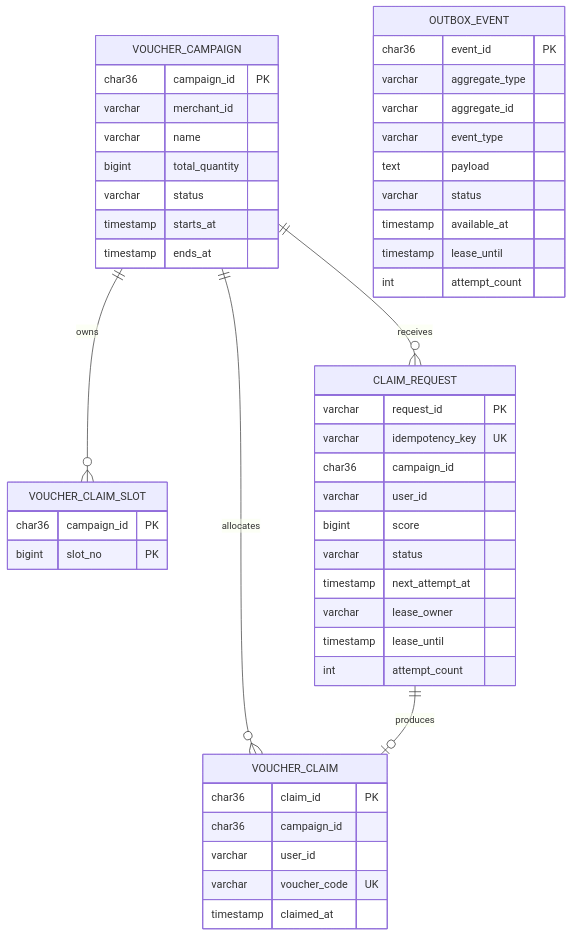
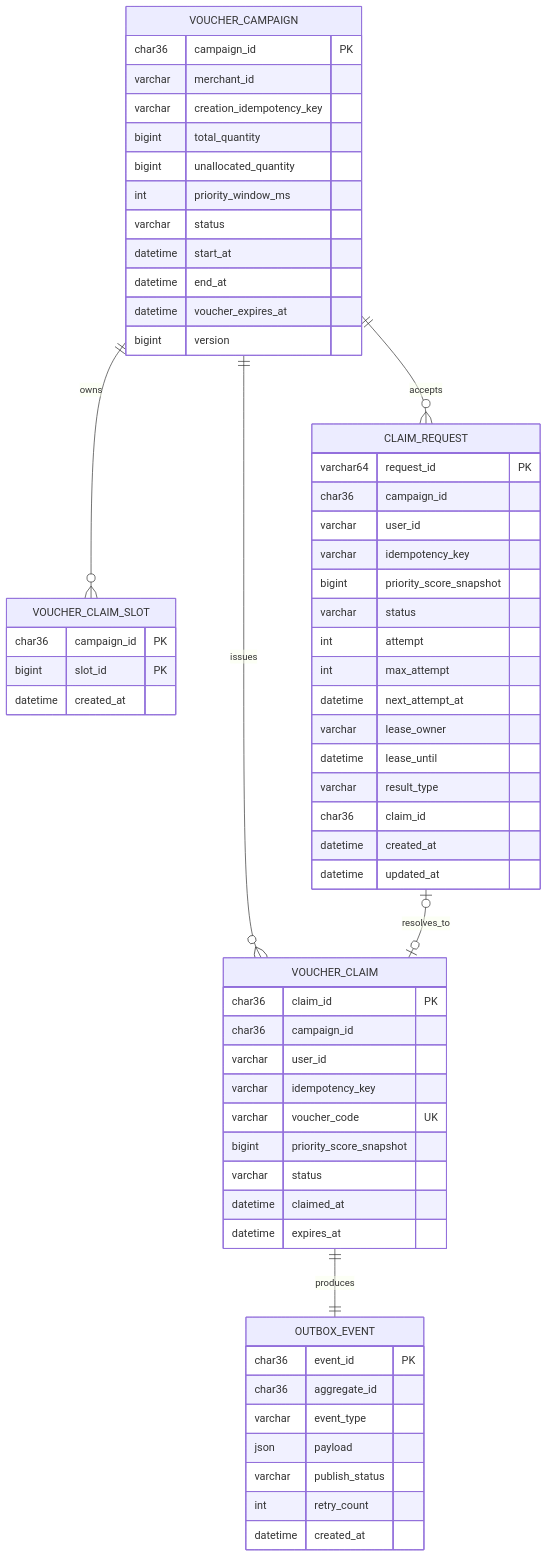
One commit to PhamDinhDuy-2508/Voucher-claim-system changed the second of 13 diagrams in SOLUTION.md. Above: the diagram before and after it, drawn with Mermaid. The commit also changed other lines of this file, not shown here.

Commit message:
Restore complete English solution diagrams

````diff
--- a/SOLUTION.md
+++ b/SOLUTION.md
@@ -82,51 +190,68 @@
 ```mermaid
-    erDiagram
-        VOUCHER_CAMPAIGN ||--o{ VOUCHER_CLAIM_SLOT : owns
-        VOUCHER_CAMPAIGN ||--o{ CLAIM_REQUEST : receives
-        VOUCHER_CAMPAIGN ||--o{ VOUCHER_CLAIM : allocates
-        CLAIM_REQUEST ||--o| VOUCHER_CLAIM : produces
+erDiagram
+    VOUCHER_CAMPAIGN ||--o{ VOUCHER_CLAIM_SLOT : owns
+    VOUCHER_CAMPAIGN ||--o{ CLAIM_REQUEST : accepts
+    VOUCHER_CAMPAIGN ||--o{ VOUCHER_CLAIM : issues
+    CLAIM_REQUEST o|--o| VOUCHER_CLAIM : resolves_to
+    VOUCHER_CLAIM ||--|| OUTBOX_EVENT : produces
 
-        VOUCHER_CAMPAIGN {
-            char36 campaign_id PK
-            varchar merchant_id
-            varchar name
-            bigint total_quantity
-            varchar status
-            timestamp starts_at
-            timestamp ends_at
-        }
-        VOUCHER_CLAIM_SLOT {
-            char36 campaign_id PK
-            bigint slot_no PK
-        }
-        CLAIM_REQUEST {
-            varchar request_id PK
-            varchar idempotency_key UK
-            char36 campaign_id
-            varchar user_id
-            bigint score
-            varchar status
-            timestamp next_attempt_at
-            varchar lease_owner
-            timestamp lease_until
-            int attempt_count
-        }
-        VOUCHER_CLAIM {
-            char36 claim_id PK
-            char36 campaign_id
-            varchar user_id
-            varchar voucher_code UK
-            timestamp claimed_at
-        }
-        OUTBOX_EVENT {
-            char36 event_id PK
-            varchar aggregate_type
-            varchar aggregate_id
-            varchar event_type
-            text payload
-            varchar status
-            timestamp available_at
-            timestamp lease_until
-            int attempt_count
-        }
+    VOUCHER_CAMPAIGN {
+        char36 campaign_id PK
+        varchar merchant_id
+        varchar creation_idempotency_key
+        bigint total_quantity
+        bigint unallocated_quantity
+        int priority_window_ms
+        varchar status
+        datetime start_at
+        datetime end_at
+        datetime voucher_expires_at
+        bigint version
+    }
+
+    VOUCHER_CLAIM_SLOT {
+        char36 campaign_id PK
+        bigint slot_id PK
+        datetime created_at
+    }
+
+    VOUCHER_CLAIM {
+        char36 claim_id PK
+        char36 campaign_id
+        varchar user_id
+        varchar idempotency_key
+        varchar voucher_code UK
+        bigint priority_score_snapshot
+        varchar status
+        datetime claimed_at
+        datetime expires_at
+    }
+
+    CLAIM_REQUEST {
+        varchar64 request_id PK
+        char36 campaign_id
+        varchar user_id
+        varchar idempotency_key
+        bigint priority_score_snapshot
+        varchar status
+        int attempt
+        int max_attempt
+        datetime next_attempt_at
+        varchar lease_owner
+        datetime lease_until
+        varchar result_type
+        char36 claim_id
+        datetime created_at
+        datetime updated_at
+    }
+
+    OUTBOX_EVENT {
+        char36 event_id PK
+        char36 aggregate_id
+        varchar event_type
+        json payload
+        varchar publish_status
+        int retry_count
+        datetime created_at
+    }
 ```
````
